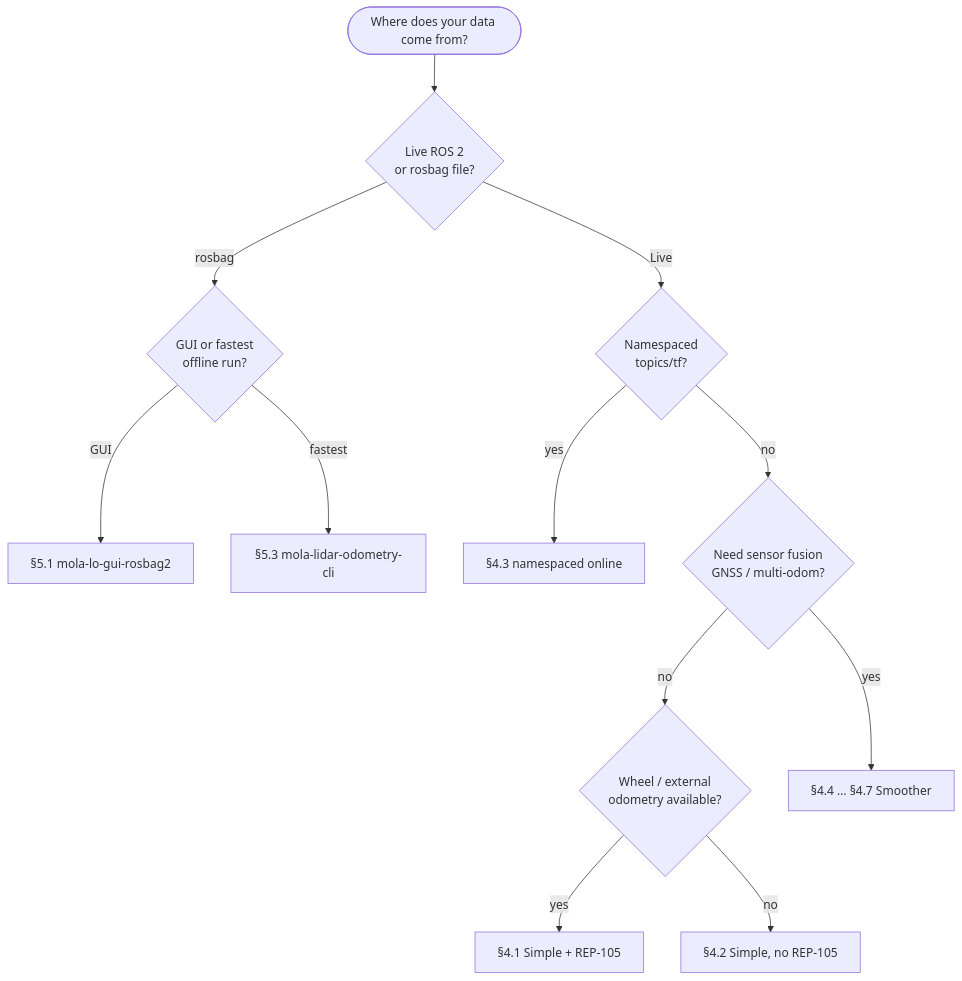
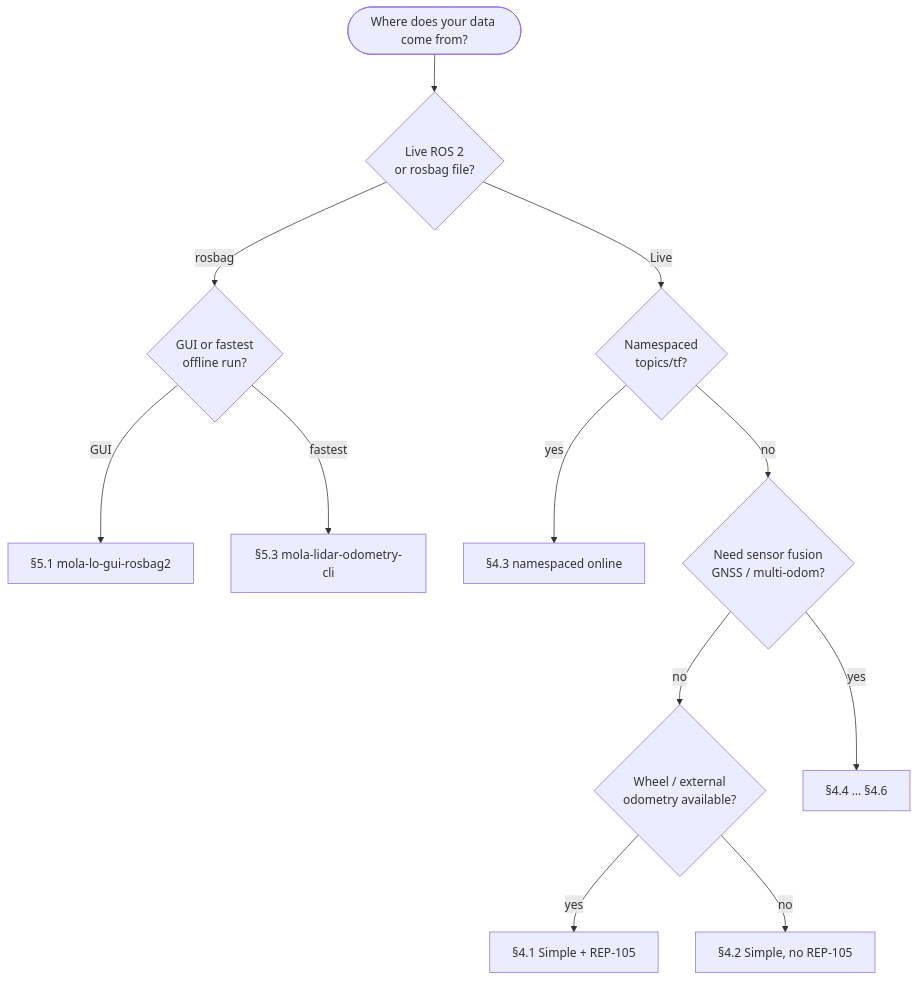
The first of 12 diagrams in docs/source/mola_ros2_configurations.rst (MOLAorg/mola), drawn with Mermaid before and after one commit. The commit also changed other lines of this file and 1 other file, not shown here.

```diff
--- a/docs/source/mola_ros2_configurations.rst
+++ b/docs/source/mola_ros2_configurations.rst
@@ -77,14 +77,14 @@
 .. mermaid::
 
    flowchart TD
      Start([Where does your data come from?]) --> Q1{Live ROS 2<br/>or rosbag file?}
+     Q1 -- rosbag --> QO1{GUI or fastest<br/>offline run?}
      Q1 -- Live --> Q2{Namespaced<br/>topics/tf?}
-     Q1 -- rosbag --> QO1{GUI or fastest<br/>offline run?}
      QO1 -- GUI --> QO2[§5.1 mola-lo-gui-rosbag2]
      QO1 -- fastest --> QO3[§5.3 mola-lidar-odometry-cli]
      Q2 -- yes --> Q3ns[§4.3 namespaced online]
      Q2 -- no --> Q3{Need sensor fusion<br/>GNSS / multi-odom?}
      Q3 -- no --> Q4{Wheel / external<br/>odometry available?}
-     Q3 -- yes --> Q5[§4.4 … §4.7 Smoother]
+     Q3 -- yes --> Q5[§4.4 … §4.6]
      Q4 -- yes --> Q4a[§4.1 Simple + REP-105]
      Q4 -- no --> Q4b[§4.2 Simple, no REP-105]
```
